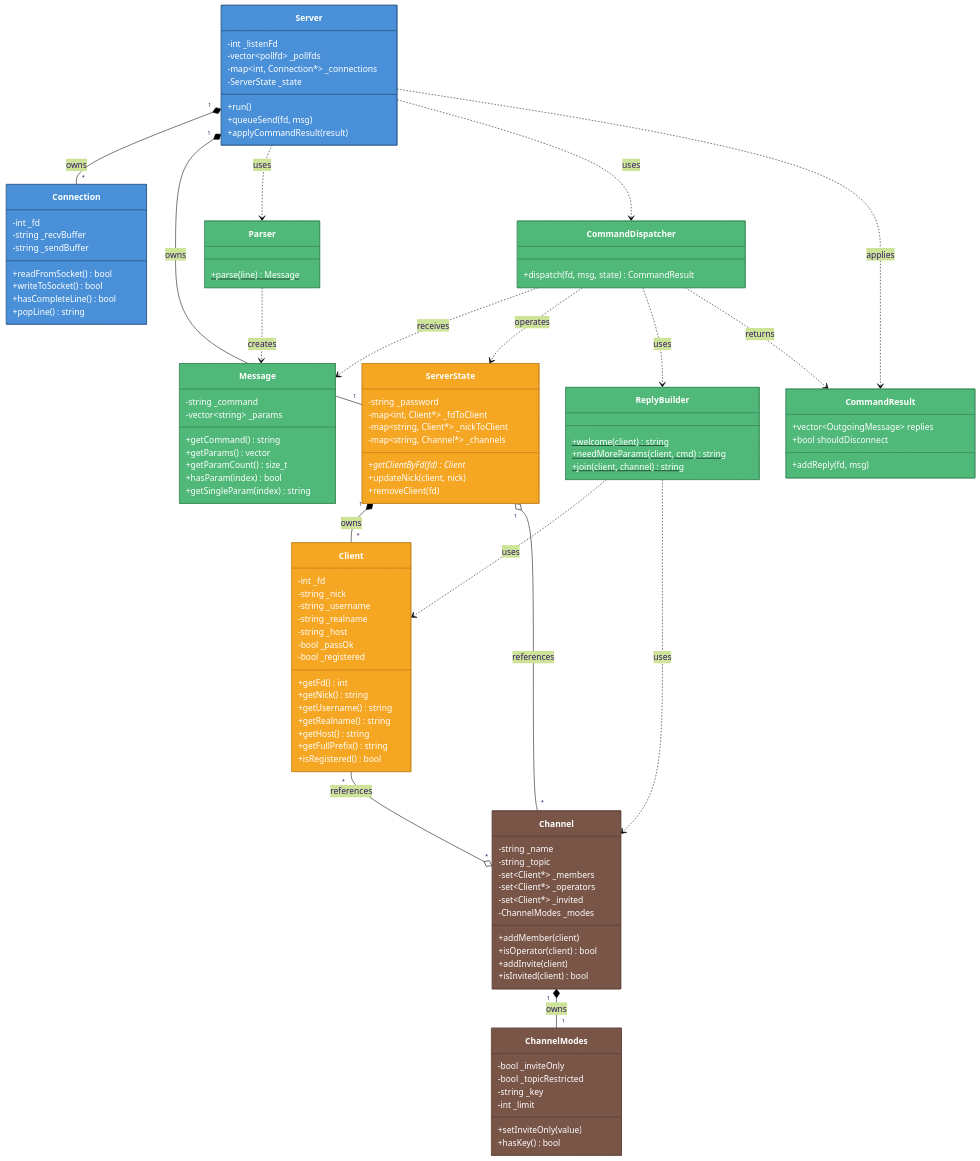
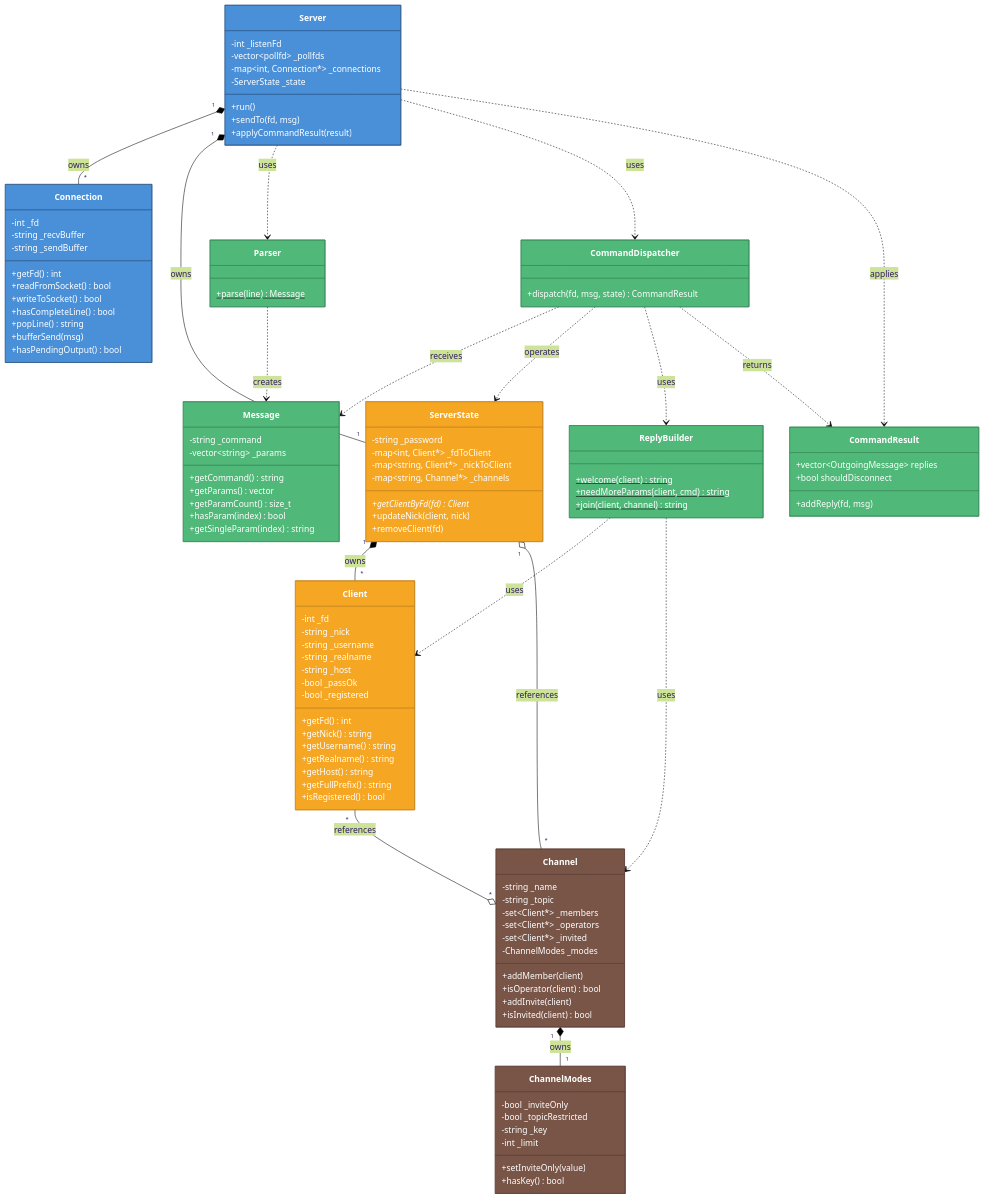
The diagram in dev_docs/diagrams/class_overview_diagram.md (tototec1234/IRC), drawn with Mermaid (forest theme) before and after one commit. The commit also changed other lines of this file and 7 other files, not shown here.

````diff
--- a/dev_docs/diagrams/class_overview_diagram.md
+++ b/dev_docs/diagrams/class_overview_diagram.md
@@ -10,16 +47,21 @@
 ```mermaid
+
 classDiagram
     direction TB
-    
+
+   
     %% === 最上段: Connection, Server, Parser, CommandDispatcher ===
     class Connection {
         -int _fd
         -string _recvBuffer
         -string _sendBuffer
+        +getFd() int
         +readFromSocket() bool
         +writeToSocket() bool
         +hasCompleteLine() bool
         +popLine() string
+        +bufferSend(msg)
+        +hasPendingOutput() bool
     }
     
     class Server {
@@ -28,7 +70,7 @@
         -map~int, Connection*~ _connections
         -ServerState _state
         +run()
-        +queueSend(fd, msg)
+        +sendTo(fd, msg)
         +applyCommandResult(result)
     }
     
````
